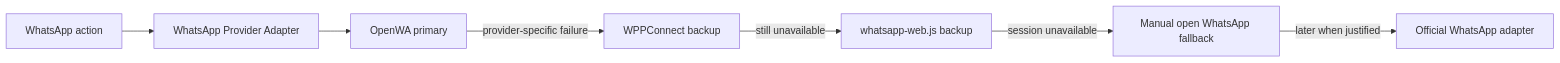
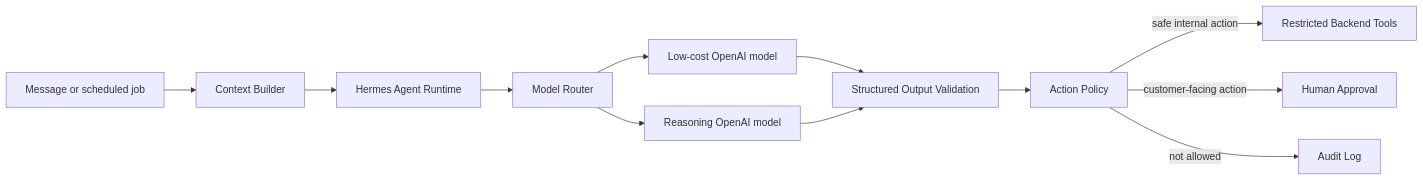
The sixth of 7 diagrams in README.md (Metwally-Sayed/ai-sales-automation-architecture), drawn with Mermaid before and after one commit. The commit also changed other lines of this file, not shown here.

Commit message:
docs: replace complex diagram with clear architecture views

````diff
--- a/README.md
+++ b/README.md
@@ -609,9 +330,14 @@
 ```mermaid
 flowchart LR
-    REQUEST["WhatsApp action"] --> ADAPTER["WhatsApp Provider Adapter"]
-    ADAPTER --> OPENWA["OpenWA primary"]
-    OPENWA -->|"provider-specific failure"| WPPC["WPPConnect backup"]
-    WPPC -->|"still unavailable"| WWEB["whatsapp-web.js backup"]
-    WWEB -->|"session unavailable"| MANUAL["Manual open WhatsApp fallback"]
-    MANUAL -->|"later when justified"| OFFICIAL["Official WhatsApp adapter"]
+    EVENT["Message or scheduled job"] --> CONTEXT["Context Builder"]
+    CONTEXT --> HERMES["Hermes Agent Runtime"]
+    HERMES --> ROUTER["Model Router"]
+    ROUTER --> FAST["Low-cost OpenAI model"]
+    ROUTER --> SMART["Reasoning OpenAI model"]
+    FAST --> VALIDATE["Structured Output Validation"]
+    SMART --> VALIDATE
+    VALIDATE --> POLICY["Action Policy"]
+    POLICY -->|"safe internal action"| TOOLS["Restricted Backend Tools"]
+    POLICY -->|"customer-facing action"| HUMAN["Human Approval"]
+    POLICY -->|"not allowed"| AUDIT["Audit Log"]
 ```
````
